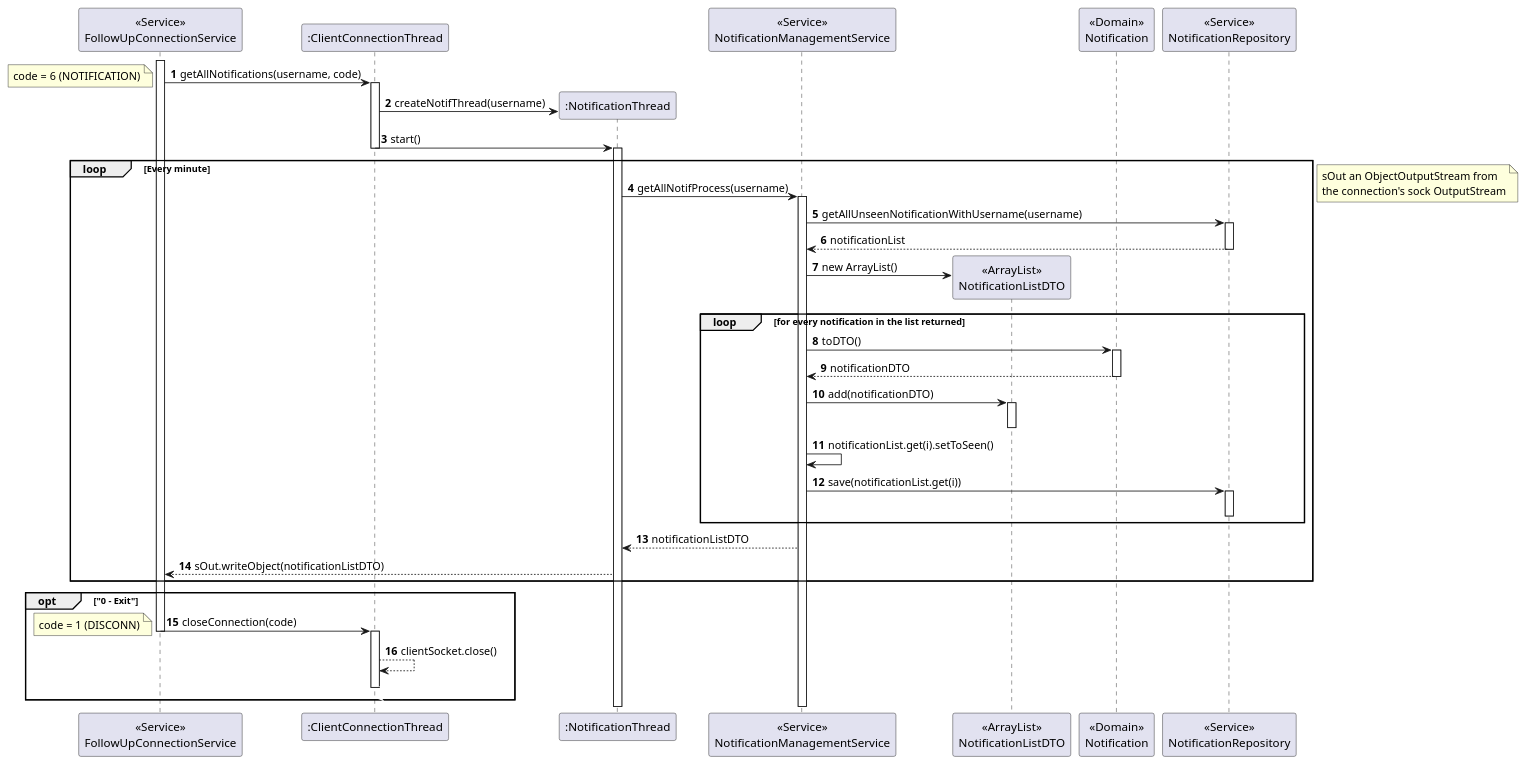
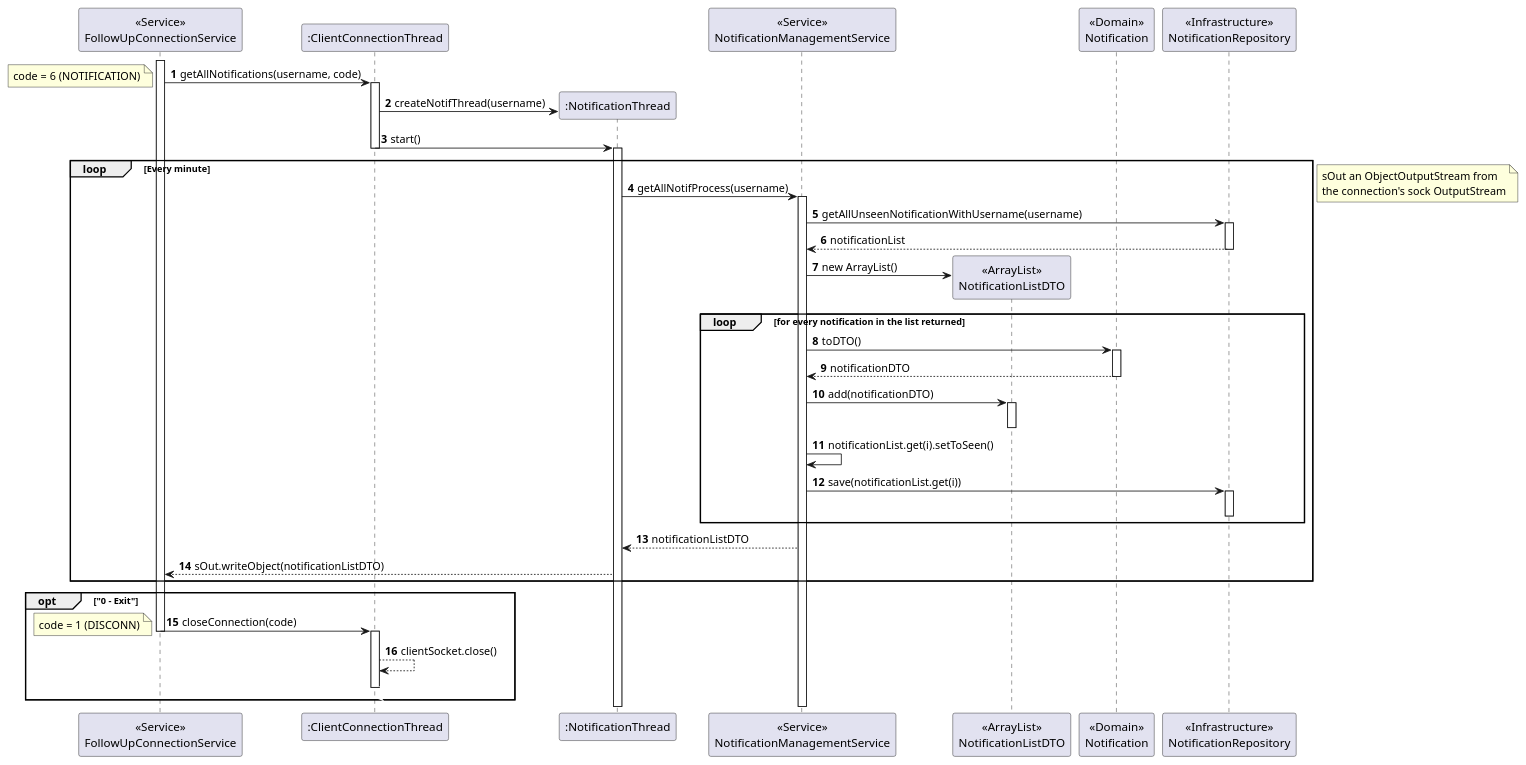
The diagram in docs/sprint-c/us_3001/US3001_SD/US3001_SD_Server_To_Repo.puml (rita-barbosa/LAPR4-2324), drawn with PlantUML before and after one commit. The commit also changed 1 other file, not shown here.

```diff
--- a/docs/sprint-c/us_3001/US3001_SD/US3001_SD_Server_To_Repo.puml
+++ b/docs/sprint-c/us_3001/US3001_SD/US3001_SD_Server_To_Repo.puml
@@ -1,108 +1,108 @@
 @startuml
 'https://plantuml.com/sequence-diagram
 
 autonumber
 
 participant "<<Service>>\nFollowUpConnectionService" as SER
 participant ":ClientConnectionThread" as CLITHREAD
 participant ":NotificationThread" as THREAD
 participant "<<Service>>\nNotificationManagementService" as NS
 participant "<<ArrayList>>\nNotificationListDTO" as LIST
 participant "<<Domain>>\nNotification" as N
-participant "<<Service>>\nNotificationRepository" as NREPO
+participant "<<Infrastructure>>\nNotificationRepository" as NREPO
 
 activate SER
 
             SER -> CLITHREAD : getAllNotifications(username, code)
 
             note left
             code = 6 (NOTIFICATION)
             end note
 
             activate CLITHREAD
 
                 CLITHREAD -> THREAD** : createNotifThread(username)
 
                 CLITHREAD -> THREAD : start()
 
             deactivate CLITHREAD
 
             activate THREAD
 
                 loop Every minute
 
                 THREAD -> NS : getAllNotifProcess(username)
 
                 activate NS
 
                     NS -> NREPO : getAllUnseenNotificationWithUsername(username)
 
                     activate NREPO
 
                         NREPO --> NS : notificationList
 
                     deactivate NREPO
 
                             NS -> LIST**: new ArrayList()
 
                             loop for every notification in the list returned
 
                                 NS -> N : toDTO()
 
                                 activate N
 
                                     N --> NS : notificationDTO
 
                                 deactivate N
 
                                 NS -> LIST : add(notificationDTO)
 
                                 activate LIST
 
                                 deactivate LIST
 
                                 NS -> NS : notificationList.get(i).setToSeen()
 
                                 NS -> NREPO : save(notificationList.get(i))
 
                                 activate NREPO
 
                                 deactivate NREPO
 
                             end
 
                         NS --> THREAD : notificationListDTO
 
                         THREAD --> SER : sOut.writeObject(notificationListDTO)
 
                         end
 
                         note right
                         sOut an ObjectOutputStream from
                         the connection's sock OutputStream
                         end note
 
 
 
                        opt "0 - Exit"
 
                        SER -> CLITHREAD : closeConnection(code)
                        deactivate SER
                        activate CLITHREAD
                        note left
                        code = 1 (DISCONN)
                        end note
 
                        CLITHREAD --> CLITHREAD : clientSocket.close()
 
                        autonumber stop
                        CLITHREAD -[#white]> CLITHREAD
                        deactivate CLITHREAD
 
 
                        autonumber resume
 
                        end opt
 
 
 @enduml
```
